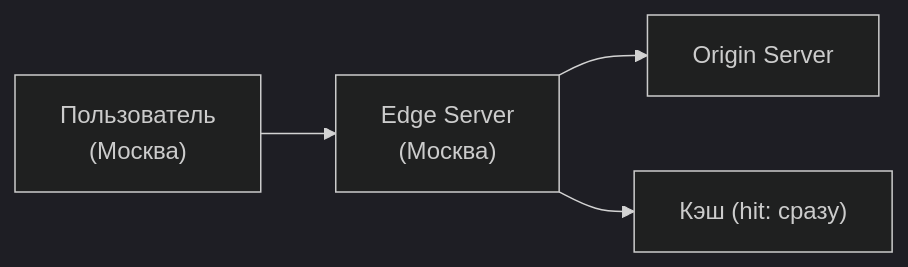
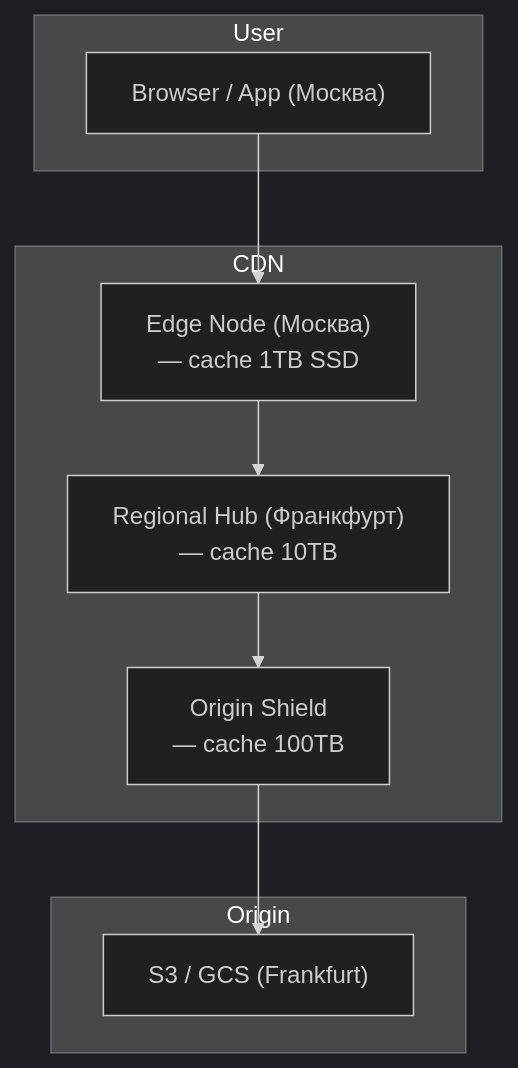
One commit to sergeyodnoval-bot/sysanalyst-kb.github.io changed the first of 2 diagrams in tech/cdn.md. Above: the diagram before and after it, drawn with Mermaid (dark theme). The commit also changed other lines of this file and 12 other files, not shown here.

````diff
--- a/tech/cdn.md
+++ b/tech/cdn.md
@@ -21,6 +38,19 @@
 ```mermaid
-flowchart LR
-    U["Пользователь<br/>(Москва)"] --> EDGE["Edge Server<br/>(Москва)"]
-    EDGE --> ORIGIN["Origin Server"]
-    EDGE --> CACHE["Кэш (hit: сразу)"]
+flowchart TD
+    subgraph User
+        U["Browser / App (Москва)"]
+    end
+    subgraph CDN
+        EDGE["Edge Node (Москва)<br/>— cache 1TB SSD"]
+        REG["Regional Hub (Франкфурт)<br/>— cache 10TB"]
+        SHIELD["Origin Shield<br/>— cache 100TB"]
+    end
+    subgraph Origin
+        ORIGIN["S3 / GCS (Frankfurt)"]
+    end
+
+    U --> EDGE
+    EDGE --> REG
+    REG --> SHIELD
+    SHIELD --> ORIGIN
 ```
````
